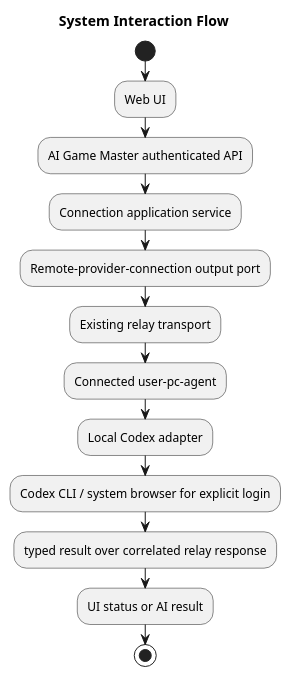
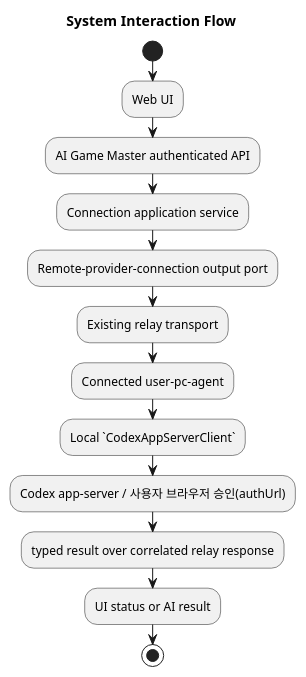
Before and after one commit to omegafrog/dnd-master: the sixth of 8 diagrams in docs/specs/codex-cli-oauth/architecture-spec.md, drawn with PlantUML. The commit also changed other lines of this file and 5 other files, not shown here.

Commit message:
docs: align Codex OAuth plan with app-server

````diff
--- a/docs/specs/codex-cli-oauth/architecture-spec.md
+++ b/docs/specs/codex-cli-oauth/architecture-spec.md
@@ -459,17 +471,17 @@
 ```plantuml
 @startuml
 title System Interaction Flow
 start
 :Web UI;
 :AI Game Master authenticated API;
 :Connection application service;
 :Remote-provider-connection output port;
 :Existing relay transport;
 :Connected user-pc-agent;
-:Local Codex adapter;
-:Codex CLI / system browser for explicit login;
+:Local `CodexAppServerClient`;
+:Codex app-server / 사용자 브라우저 승인(authUrl);
 :typed result over correlated relay response;
 :UI status or AI result;
 stop
 @enduml
 ```
````
